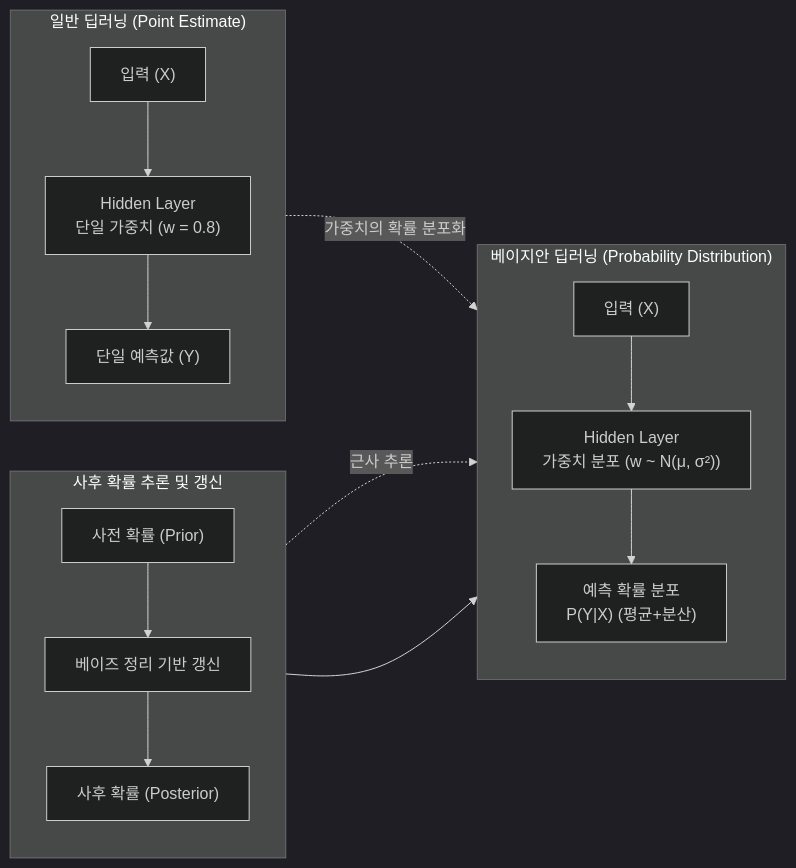
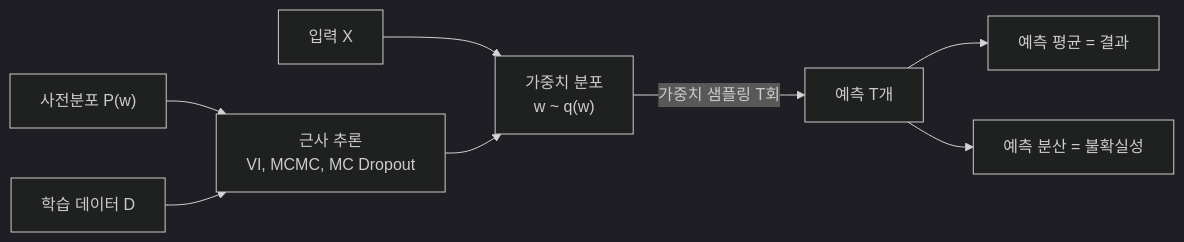
The diagram in content/01_IT Tech/베이지안 딥러닝.md (supremethumb/supremethumb.github.io), drawn with Mermaid (dark theme) before and after one commit. The commit also changed other lines of this file and 1087 other files, not shown here.

````diff
--- a/content/01_IT Tech/베이지안 딥러닝.md
+++ b/content/01_IT Tech/베이지안 딥러닝.md
@@ -28,24 +36,10 @@
 ```mermaid
 flowchart LR
-    subgraph Standard_NN["일반 딥러닝 (Point Estimate)"]
-        direction TB
-        X1["입력 (X)"] --> H1["Hidden Layer<br/>단일 가중치 (w = 0.8)"] --> Y1["단일 예측값 (Y)"]
-    end
-
-    subgraph Bayesian_NN["베이지안 딥러닝 (Probability Distribution)"]
-        direction TB
-        X2["입력 (X)"] --> H2["Hidden Layer<br/>가중치 분포 (w ~ N(μ, σ²))"] --> Y2["예측 확률 분포<br/>P(Y|X) (평균+분산)"]
-    end
-
-    Standard_NN -. "가중치의 확률 분포화" .-> Bayesian_NN
-    
-    subgraph Inference["사후 확률 추론 및 갱신"]
-        direction TB
-        Prior["사전 확률 (Prior)"] --> Bayes["베이즈 정리 기반 갱신"]
-        Bayes --> Posterior["사후 확률 (Posterior)"]
-        Posterior -. "근사 추론" .-> H2
-    end
-    
-    Inference --> Bayesian_NN
-
+    X["입력 X"] --> W["가중치 분포<br/>w ~ q(w)"]
+    W -- "가중치 샘플링 T회" --> Y["예측 T개"]
+    Y --> M["예측 평균 = 결과"]
+    Y --> V["예측 분산 = 불확실성"]
+    PR["사전분포 P(w)"] --> INF["근사 추론<br/>VI, MCMC, MC Dropout"]
+    D["학습 데이터 D"] --> INF
+    INF --> W
 ```
````
